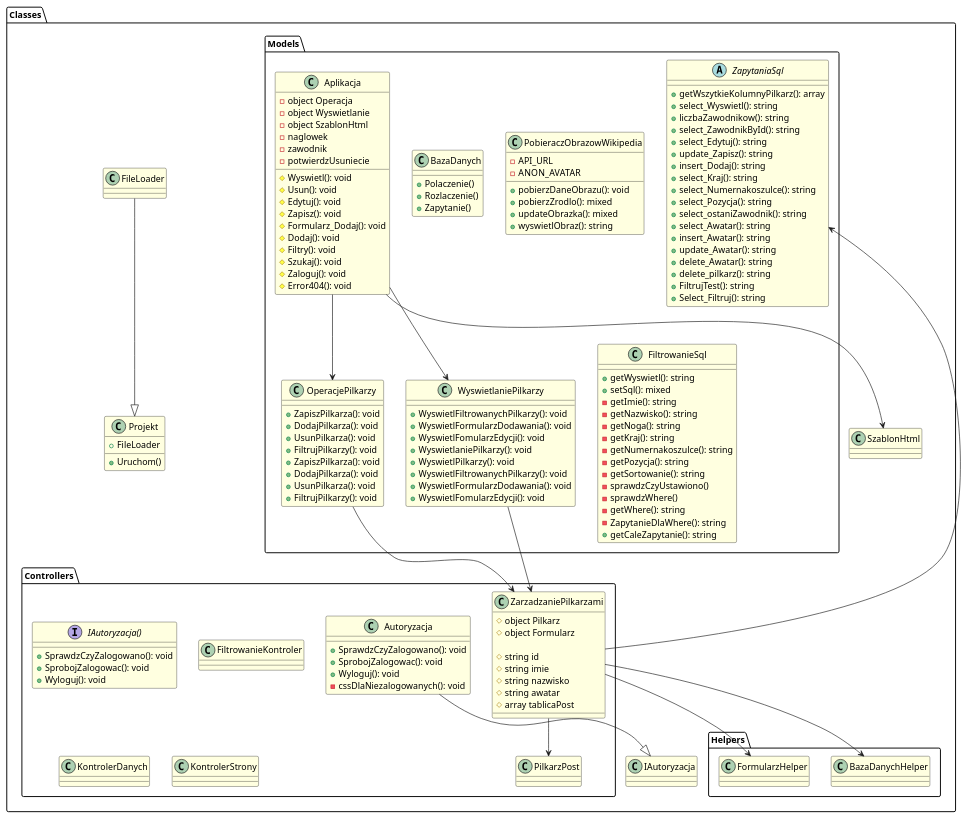
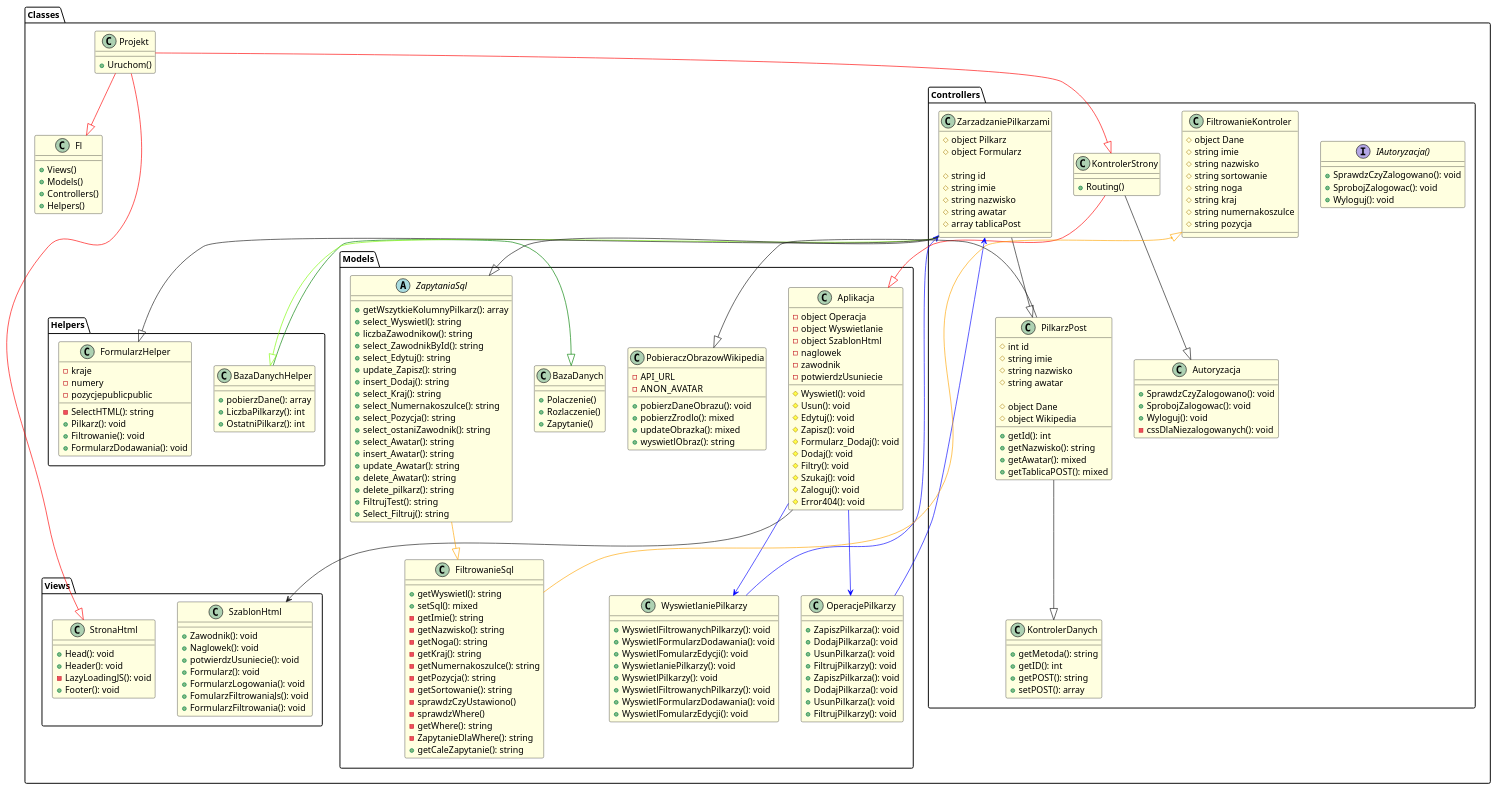
One commit to zsoit/oop-php changed the diagram in src/uml/diagram-klas.plantuml. Above: the diagram before and after it, drawn with PlantUML. The commit also changed 3 other files, not shown here.

Commit message:
diagram klas aktualizacja - bez interface - relacje

```diff
--- a/src/uml/diagram-klas.plantuml
+++ b/src/uml/diagram-klas.plantuml
@@ -20,10 +20,43 @@
             + Wyloguj(): void
             -cssDlaNiezalogowanych(): void
         }
-        class FiltrowanieKontroler
-        class KontrolerDanych
-        class KontrolerStrony
-        class PilkarzPost
+        class FiltrowanieKontroler{
+            # object Dane 
+            # string imie
+            # string nazwisko 
+            # string sortowanie
+            # string noga
+            # string kraj 
+            # string numernakoszulce 
+            # string pozycja 
+
+        }
+        class KontrolerDanych{
+            +getMetoda(): string
+            +getID(): int
+            +getPOST(): string
+            +setPOST(): array
+
+        }
+        class KontrolerStrony{
+            +Routing()
+        }
+
+        class PilkarzPost{
+            # int id
+            # string imie
+            # string nazwisko
+            # string awatar
+
+            # object Dane
+            # object Wikipedia
+
+            +getId(): int
+            +getNazwisko(): string
+            +getAwatar(): mixed
+            +getTablicaPOST(): mixed
+        }
+
         class ZarzadzaniePilkarzami{
             # object Pilkarz
             # object Formularz
@@ -35,12 +68,6 @@
             # array tablicaPost
         }
 
-    }
-
-    class FileLoader
-    package "Helpers" {
-        class BazaDanychHelper
-        class FormularzHelper
     }
 
     package "Models" {
@@ -138,51 +165,92 @@
         }
     }
 
+
+    package "Views"{
+        class StronaHtml{
+            +Head(): void
+            +Header(): void
+            -LazyLoadingJS(): void
+            +Footer(): void
+
+        }
+
+        class SzablonHtml {
+            +Zawodnik(): void
+            +Naglowek(): void
+            +potwierdzUsuniecie(): void
+            +Formularz(): void
+            +FormularzLogowania(): void
+            +FomularzFiltrowaniaJs(): void
+            +FormularzFiltrowania(): void
+        }
+
+    }
+
+    package "Helpers" {
+
+        class BazaDanychHelper
+        {
+            +pobierzDane(): array
+            +LiczbaPilkarzy(): int
+            +OstatniPilkarz(): int
+        }
+
+        class FormularzHelper
+        {
+            -kraje
+            -numery
+            -pozycjepublicpublic
+            -SelectHTML(): string
+            +Pilkarz(): void
+            +Filtrowanie(): void
+            +FormularzDodawania(): void
+        }
+    }
+
+
     class Projekt {
-        + FileLoader
         + Uruchom()
     }
 
-    class SzablonHtml {
+    class Fl{
+        +Views()
+        +Models()
+        +Controllers()
+        +Helpers()
     }
+
+    
+    Projekt --|> Fl #Red
+    Projekt --|> KontrolerStrony #Red
+    Projekt --|> StronaHtml #Red
+
+    KontrolerStrony --|> Aplikacja #Red
+    KontrolerStrony --|> Autoryzacja
+
+    Aplikacja --> SzablonHtml
+    Aplikacja --> WyswietlaniePilkarzy #Blue
+    Aplikacja --> OperacjePilkarzy #Blue
+
+    OperacjePilkarzy --> ZarzadzaniePilkarzami #Blue
+    WyswietlaniePilkarzy --> ZarzadzaniePilkarzami #Blue
+
+    BazaDanychHelper --|> BazaDanych #Green
+
+    ZarzadzaniePilkarzami --|> BazaDanychHelper #LawnGreen
+    ZarzadzaniePilkarzami --|> ZapytaniaSql
+    ZarzadzaniePilkarzami --|> PilkarzPost
+    ZarzadzaniePilkarzami --|> FormularzHelper
 
 
 
-    Autoryzacja --|> IAutoryzacja
+    ZapytaniaSql --|> FiltrowanieSql #Orange
+    FiltrowanieSql --|> FiltrowanieKontroler #Orange
 
-
-    Aplikacja --> SzablonHtml
-    Aplikacja --> WyswietlaniePilkarzy
-    Aplikacja --> OperacjePilkarzy
+    PilkarzPost --|> PobieraczObrazowWikipedia
+    PilkarzPost --|> KontrolerDanych
 
 
 
-    OperacjePilkarzy --> ZarzadzaniePilkarzami
-    WyswietlaniePilkarzy --> ZarzadzaniePilkarzami
-
-    ZarzadzaniePilkarzami --> ZapytaniaSql
-    ZarzadzaniePilkarzami --> BazaDanychHelper
-    ZarzadzaniePilkarzami --> PilkarzPost
-    ZarzadzaniePilkarzami --> FormularzHelper
-
-
-    FileLoader --|> Projekt
-
-
-
-    ' Autoryzacja --|> KontrolerStrony
-    ' FiltrowanieKontroler --|> KontrolerStrony
-    ' PilkarzPost --|> KontrolerStrony
-    ' ZarzadzaniePilkarzami --|> KontrolerStrony
-    ' FileLoader --> BazaDanychHelper
-    ' FileLoader --> FormularzHelper
-    ' BazaDanych --> ZapytaniaSql
-    ' BazaDanych --> FiltrowanieSql
-    ' BazaDanych --> OperacjePilkarzy
-    ' BazaDanych --> WyswietlaniePilkarzy
-    ' BazaDanych --> Aplikacja
-    ' WyswietlaniePilkarzy --> PobieraczObrazowWikipedia
-    ' Projekt --> SzablonHtml
-    ' SzablonHtml --> StronaHtml
 }
 @enduml
```
